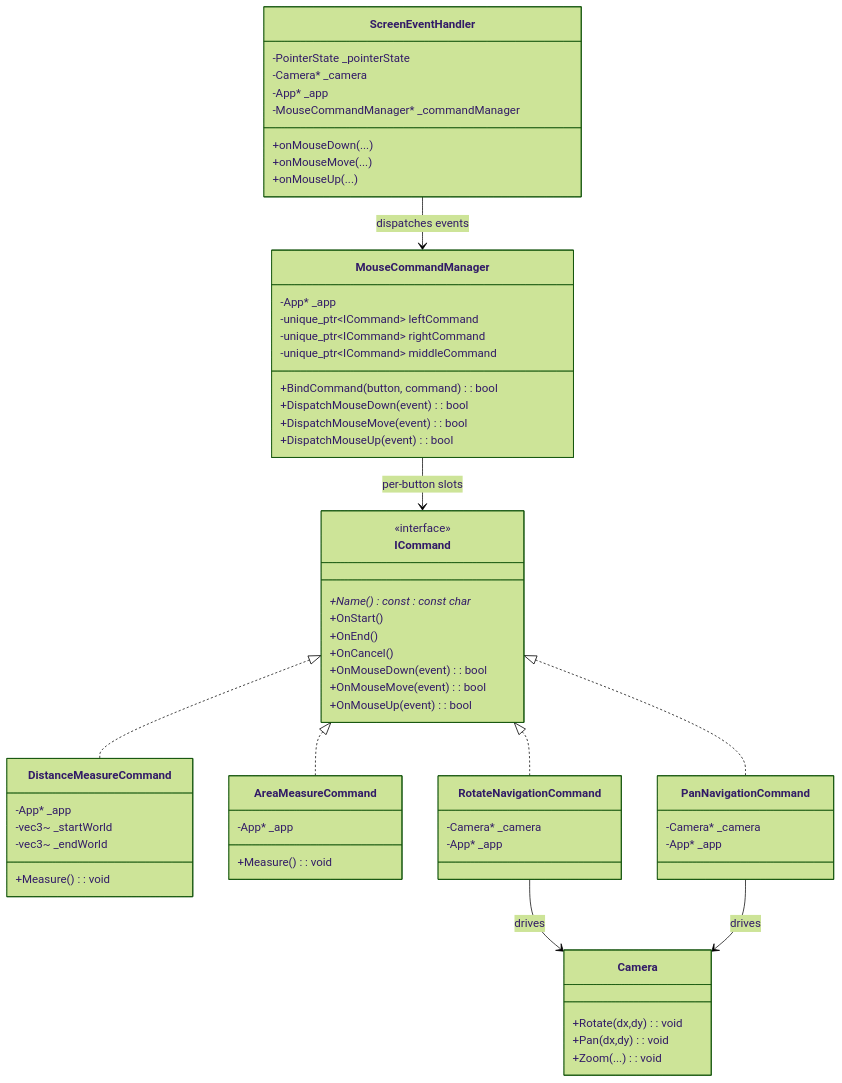
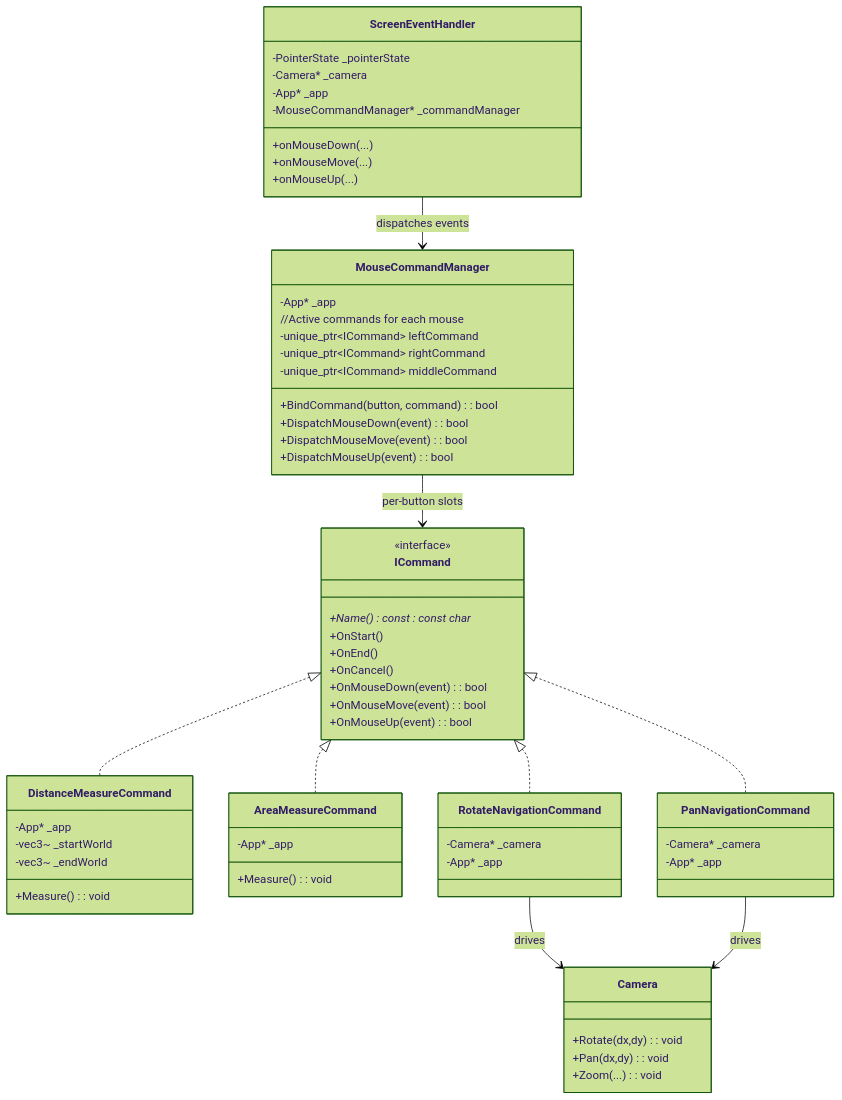
Before and after one commit to vfa-khaidt1/vfa-cdn: the second of 2 diagrams in GraphV3.md, drawn with Mermaid (forest theme).

````diff
--- a/GraphV3.md
+++ b/GraphV3.md
@@ -42,73 +42,74 @@
 ```mermaid
 classDiagram
     class ScreenEventHandler {
         -PointerState _pointerState
         -Camera* _camera
         -App* _app
         -MouseCommandManager* _commandManager
         +onMouseDown(...)
         +onMouseMove(...)
         +onMouseUp(...)
     }
 
     class ICommand {
         <<interface>>
         +Name() const : const char*
         +OnStart()
         +OnEnd()
         +OnCancel()
         +OnMouseDown(event): bool
         +OnMouseMove(event): bool
         +OnMouseUp(event): bool
     }
 
     class MouseCommandManager {
         -App* _app
+        //Active commands for each mouse
         -unique_ptr~ICommand~ leftCommand
         -unique_ptr~ICommand~ rightCommand
         -unique_ptr~ICommand~ middleCommand
         +BindCommand(button, command): bool
         +DispatchMouseDown(event): bool
         +DispatchMouseMove(event): bool
         +DispatchMouseUp(event): bool
     }
 
     class DistanceMeasureCommand {
         -App* _app
         -vec3~ _startWorld
         -vec3~ _endWorld
         +Measure(): void
     }
 
     class AreaMeasureCommand {
         -App* _app
         +Measure() : void
     }
 
     class PanNavigationCommand {
         -Camera* _camera
         -App* _app
     }
 
     class RotateNavigationCommand {
         -Camera* _camera
         -App* _app
     }
 
     class Camera {
         +Rotate(dx,dy): void
         +Pan(dx,dy): void
         +Zoom(...): void
     }
 
 
     ICommand <|.. DistanceMeasureCommand
     ICommand <|.. AreaMeasureCommand
     ICommand <|.. RotateNavigationCommand
     ICommand <|.. PanNavigationCommand
 
     ScreenEventHandler --> MouseCommandManager : dispatches events
     MouseCommandManager --> ICommand : per-button slots
     RotateNavigationCommand --> Camera : drives
     PanNavigationCommand --> Camera : drives
 ```
````
